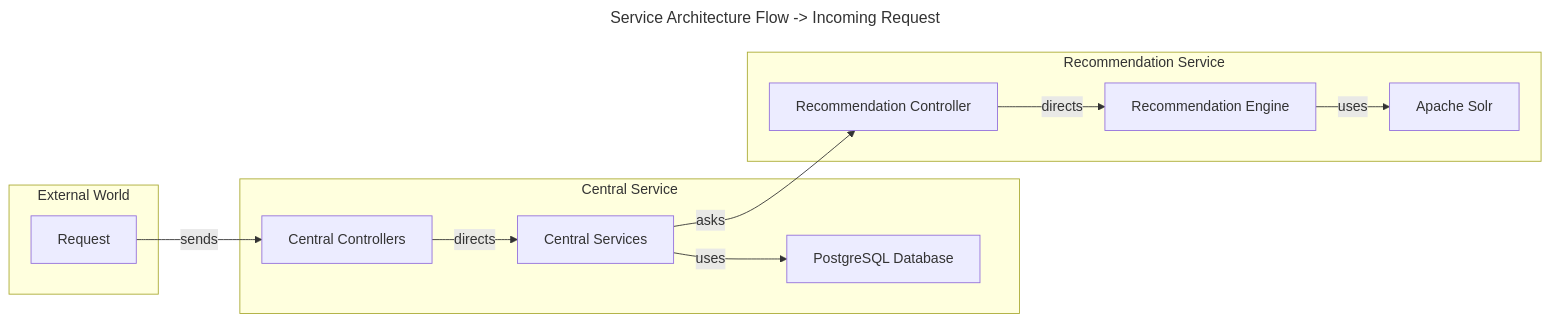
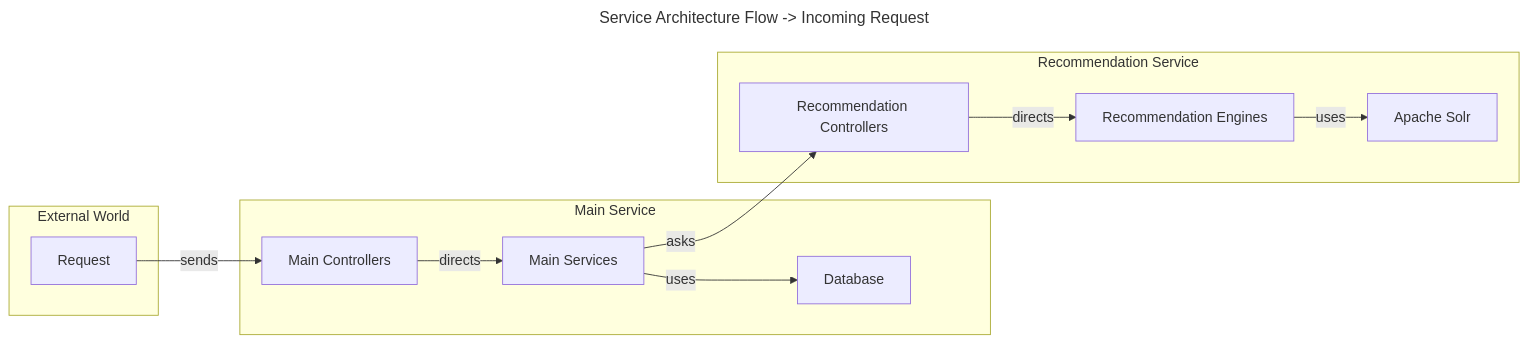
The third of 5 diagrams in README.md (gokdenizozkan/ddd), drawn with Mermaid before and after one commit. The commit also changed other lines of this file and 12 other files, not shown here.

Commit message:
add more details to swagger documentation for Main Service - v0.16.0-f18.50

````diff
--- a/README.md
+++ b/README.md
@@ -171,23 +274,23 @@
 ```mermaid
 ---
 title: Service Architecture Flow -> Incoming Request
 ---
 
 graph LR
-    ExternalRequest -->|sends| CentralControllers[Central Controllers]
-    CentralServices -->|asks| RecommendationController
+    ExternalRequest -->|sends| MainControllers[Main Controllers]
+    MainServices -->|asks| RecommendationControllers
     
     subgraph "External World"
         ExternalRequest[Request]
     end
 
-    subgraph "Central Service"
-        CentralControllers[Central Controllers] -->|directs| CentralServices
-        CentralServices[Central Services] -->|uses| DB[PostgreSQL Database]
+    subgraph "Main Service"
+        MainControllers[Main Controllers] -->|directs| MainServices
+        MainServices[Main Services] -->|uses| DB[Database]
     end
 
     subgraph "Recommendation Service"
-        RecommendationEngine[Recommendation Engine] -->|uses| Solr[Apache Solr]
-        RecommendationController[Recommendation Controller] -->|directs| RecommendationEngine
+        RecommendationEngines[Recommendation Engines] -->|uses| Solr[Apache Solr]
+        RecommendationControllers[Recommendation Controllers] -->|directs| RecommendationEngines
     end
 ```
````
